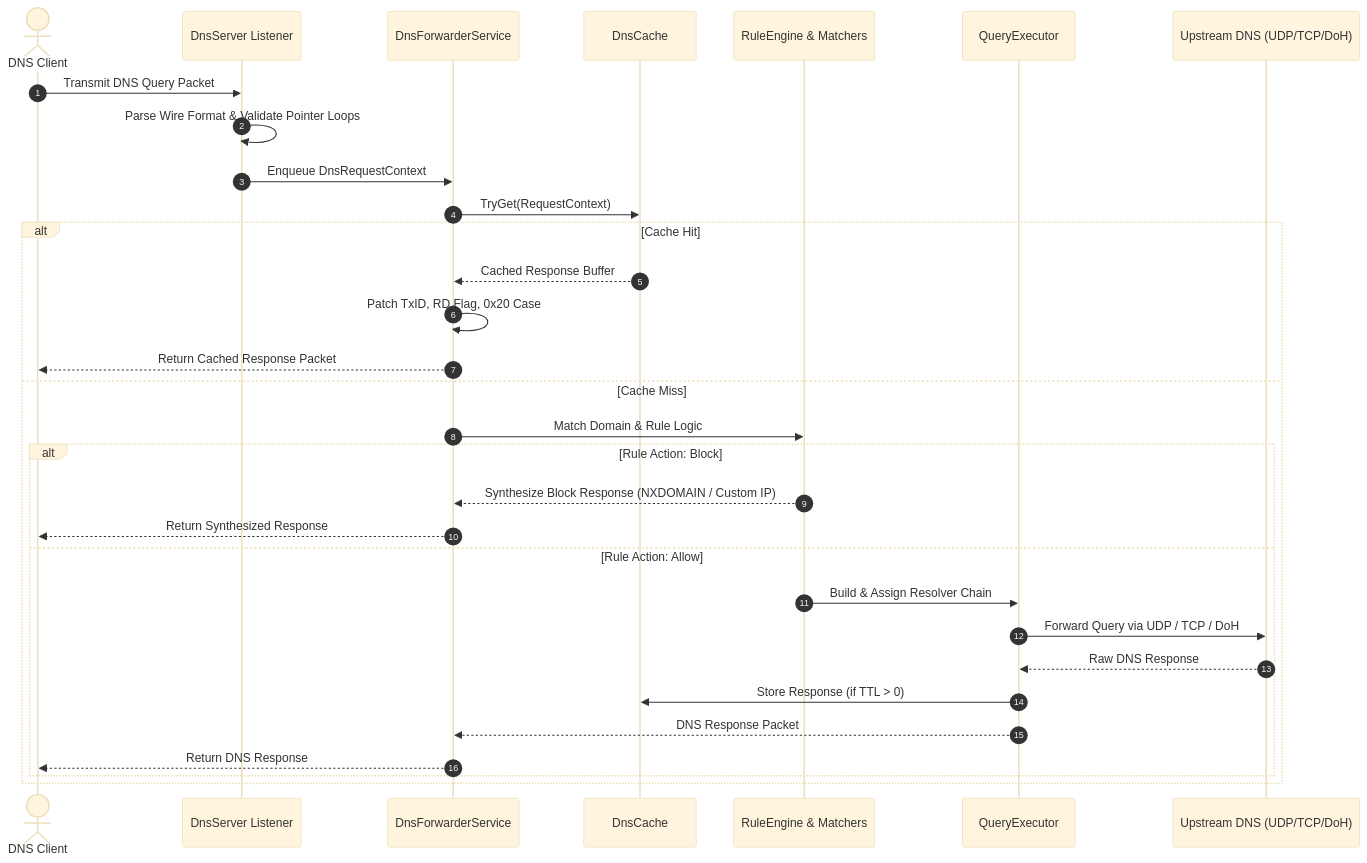
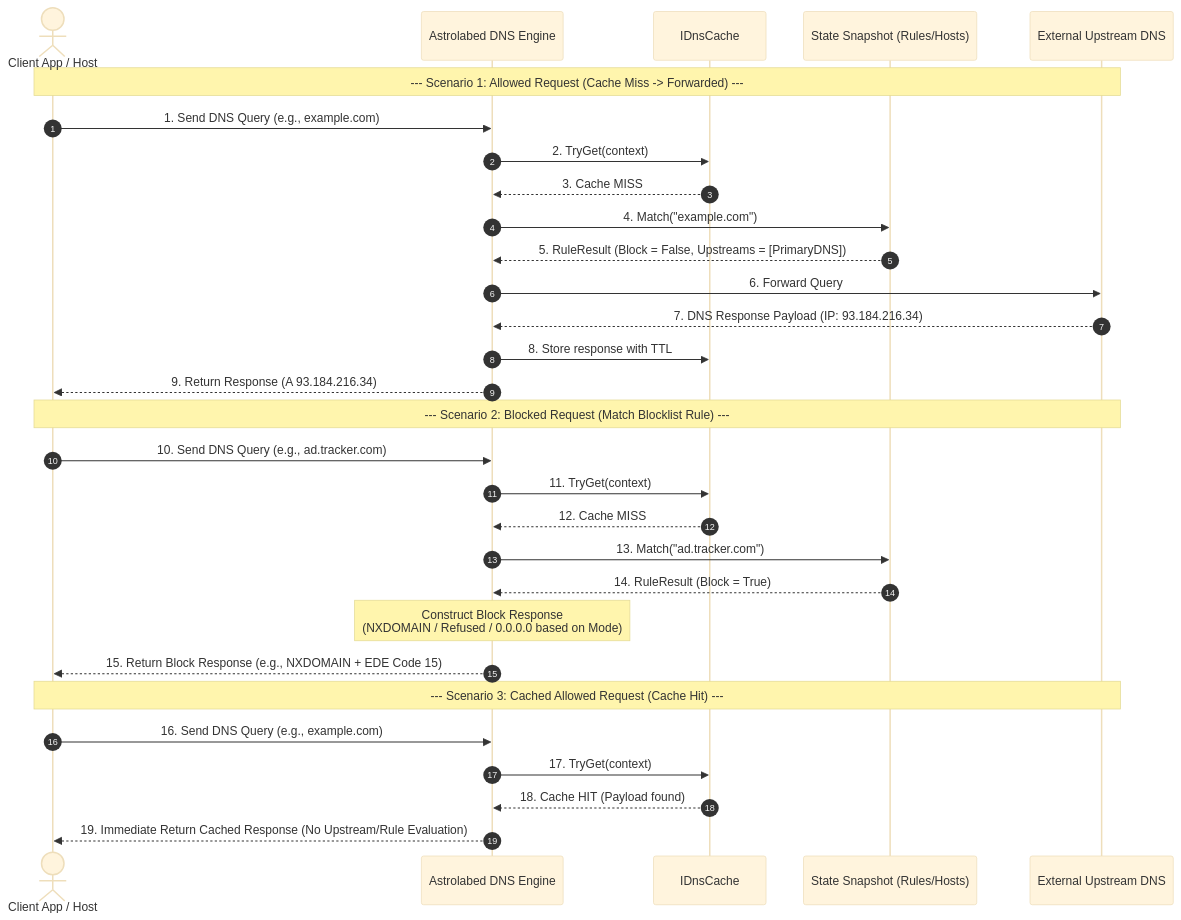
Before and after one commit to guidcruncher/astrolabed: the second of 4 diagrams in docs/architecture.md, drawn with Mermaid (base theme). The commit also changed other lines of this file, not shown here.

````diff
--- a/docs/architecture.md
+++ b/docs/architecture.md
@@ -94,35 +77,37 @@
 ```mermaid
 sequenceDiagram
     autonumber
-    actor Client as DNS Client
-    participant Listener as DnsServer Listener
-    participant Forwarder as DnsForwarderService
-    participant Cache as DnsCache
-    participant Engine as RuleEngine & Matchers
-    participant Executor as QueryExecutor
-    participant Upstream as Upstream DNS (UDP/TCP/DoH)
+    actor Client as Client App / Host
+    participant RuleEngine as Astrolabed DNS Engine
+    participant Cache as IDnsCache
+    participant Snapshot as State Snapshot (Rules/Hosts)
+    participant Upstream as External Upstream DNS
 
-    Client->>Listener: Transmit DNS Query Packet
-    Listener->>Listener: Parse Wire Format & Validate Pointer Loops
-    Listener->>Forwarder: Enqueue DnsRequestContext
+    Note over Client, Upstream: --- Scenario 1: Allowed Request (Cache Miss -> Forwarded) ---
+    Client->>RuleEngine: 1. Send DNS Query (e.g., example.com)
+    RuleEngine->>Cache: 2. TryGet(context)
+    Cache-->>RuleEngine: 3. Cache MISS
+    RuleEngine->>Snapshot: 4. Match("example.com")
+    Snapshot-->>RuleEngine: 5. RuleResult (Block = False, Upstreams = [PrimaryDNS])
     
-    Forwarder->>Cache: TryGet(RequestContext)
-    alt Cache Hit
-        Cache-->>Forwarder: Cached Response Buffer
-        Forwarder->>Forwarder: Patch TxID, RD Flag, 0x20 Case
-        Forwarder-->>Client: Return Cached Response Packet
-    else Cache Miss
-        Forwarder->>Engine: Match Domain & Rule Logic
-        alt Rule Action: Block
-            Engine-->>Forwarder: Synthesize Block Response (NXDOMAIN / Custom IP)
-            Forwarder-->>Client: Return Synthesized Response
-        else Rule Action: Allow
-            Engine->>Executor: Build & Assign Resolver Chain
-            Executor->>Upstream: Forward Query via UDP / TCP / DoH
-            Upstream-->>Executor: Raw DNS Response
-            Executor->>Cache: Store Response (if TTL > 0)
-            Executor-->>Forwarder: DNS Response Packet
-            Forwarder-->>Client: Return DNS Response
-        end
-    end
+    RuleEngine->>Upstream: 6. Forward Query
+    Upstream-->>RuleEngine: 7. DNS Response Payload (IP: 93.184.216.34)
+    RuleEngine->>Cache: 8. Store response with TTL
+    RuleEngine-->>Client: 9. Return Response (A 93.184.216.34)
+
+    Note over Client, Upstream: --- Scenario 2: Blocked Request (Match Blocklist Rule) ---
+    Client->>RuleEngine: 10. Send DNS Query (e.g., ad.tracker.com)
+    RuleEngine->>Cache: 11. TryGet(context)
+    Cache-->>RuleEngine: 12. Cache MISS
+    RuleEngine->>Snapshot: 13. Match("ad.tracker.com")
+    Snapshot-->>RuleEngine: 14. RuleResult (Block = True)
+    
+    Note over RuleEngine: Construct Block Response<br/>(NXDOMAIN / Refused / 0.0.0.0 based on Mode)
+    RuleEngine-->>Client: 15. Return Block Response (e.g., NXDOMAIN + EDE Code 15)
+
+    Note over Client, Upstream: --- Scenario 3: Cached Allowed Request (Cache Hit) ---
+    Client->>RuleEngine: 16. Send DNS Query (e.g., example.com)
+    RuleEngine->>Cache: 17. TryGet(context)
+    Cache-->>RuleEngine: 18. Cache HIT (Payload found)
+    RuleEngine-->>Client: 19. Immediate Return Cached Response (No Upstream/Rule Evaluation)
 ```
````
